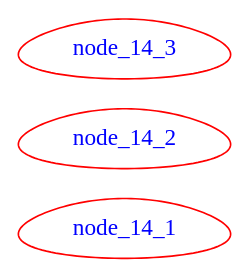
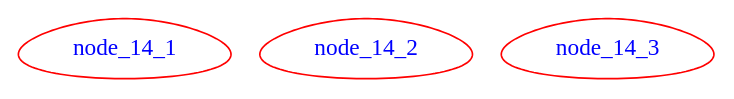
The diagram in data/14.gv (graphviz-perl/GraphViz2-Marpa), drawn with Graphviz before and after one commit. The commit also changed 6 other files, not shown here.

```diff
--- a/data/14.gv
+++ b/data/14.gv
@@ -1,23 +1,23 @@
 digraph graph_14
 {
-	rankdir = RL
+	rankdir = TB
 
 	node_14_1
 	[
 		color      = red
 		fontcolor  = blue
 		shape      = egg
 	]
 	node_14_2
 	[
 		"color"    = red
 		fontcolor  = blue
 		shape      = egg
 	]
 	node_14_3
 	[
 		color      = "red"
 		fontcolor  = blue
 		shape      = egg
 	]
 }
```
